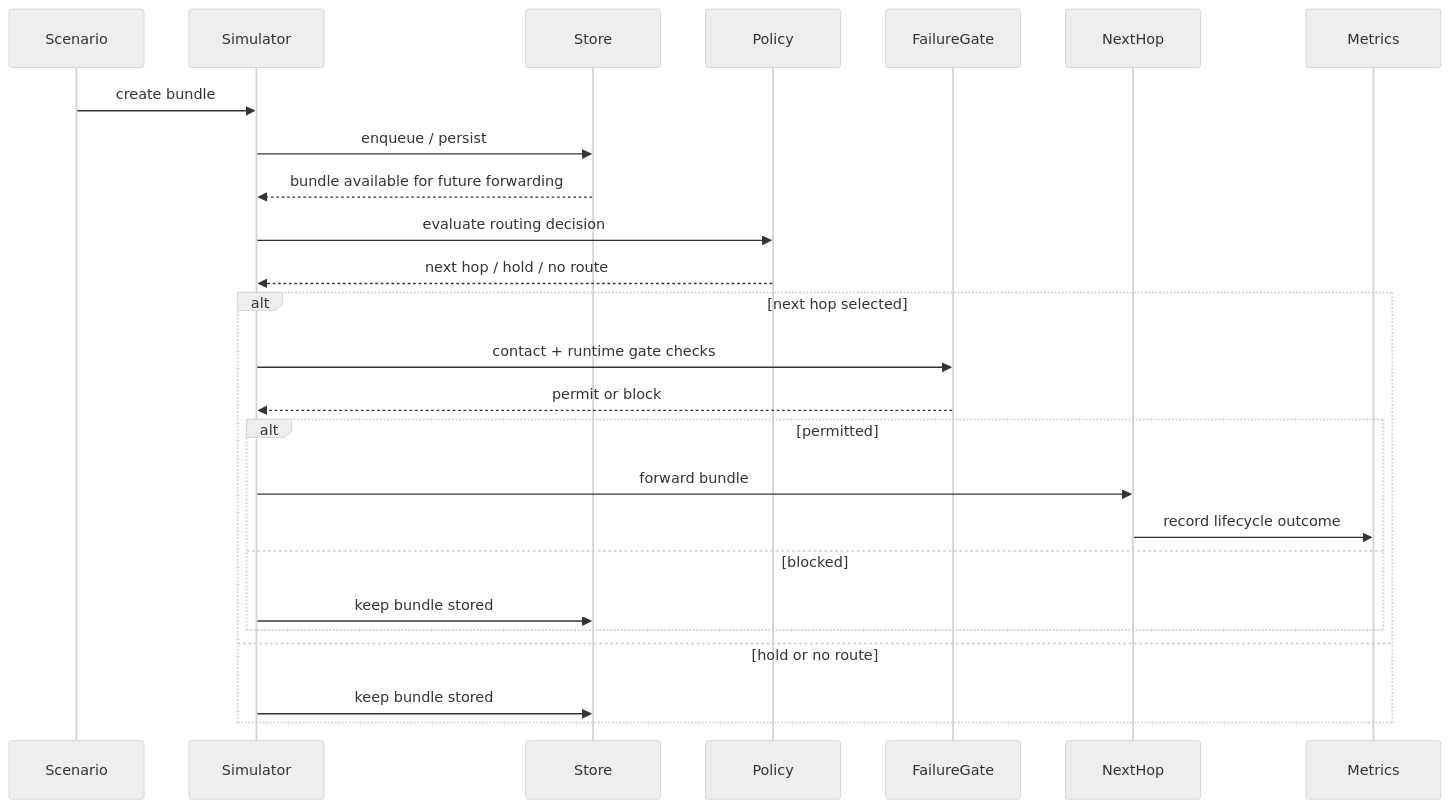
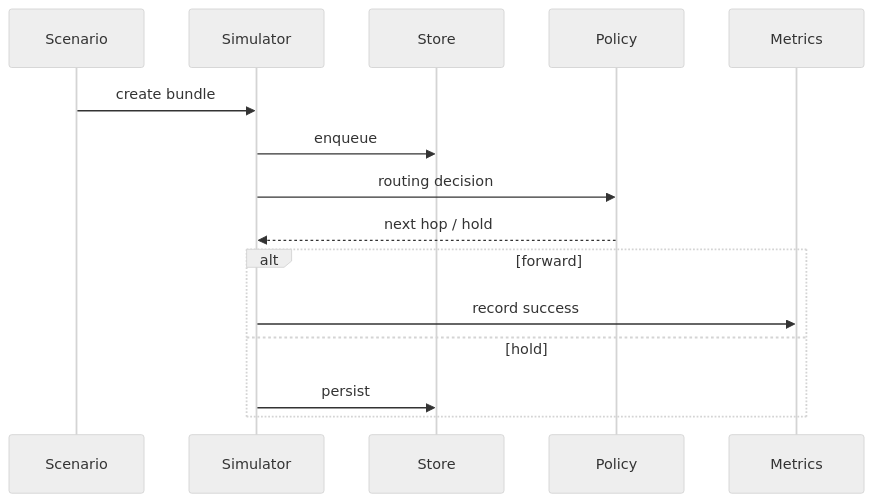
Before and after one commit to leozzmc/AetherNet: the second of 3 diagrams in README.md, drawn with Mermaid (neutral theme). The commit also changed other lines of this file and 6 other files, not shown here.

````diff
--- a/README.md
+++ b/README.md
@@ -355,30 +252,20 @@
 ```mermaid
 sequenceDiagram
     participant Scenario
     participant Simulator
     participant Store
     participant Policy
-    participant FailureGate
-    participant NextHop
     participant Metrics
 
     Scenario->>Simulator: create bundle
-    Simulator->>Store: enqueue / persist
-    Store-->>Simulator: bundle available for future forwarding
+    Simulator->>Store: enqueue
 
-    Simulator->>Policy: evaluate routing decision
-    Policy-->>Simulator: next hop / hold / no route
+    Simulator->>Policy: routing decision
+    Policy-->>Simulator: next hop / hold
 
-    alt next hop selected
-        Simulator->>FailureGate: contact + runtime gate checks
-        FailureGate-->>Simulator: permit or block
-        alt permitted
-            Simulator->>NextHop: forward bundle
-            NextHop->>Metrics: record lifecycle outcome
-        else blocked
-            Simulator->>Store: keep bundle stored
-        end
-    else hold or no route
-        Simulator->>Store: keep bundle stored
+    alt forward
+        Simulator->>Metrics: record success
+    else hold
+        Simulator->>Store: persist
     end
 ```
````
